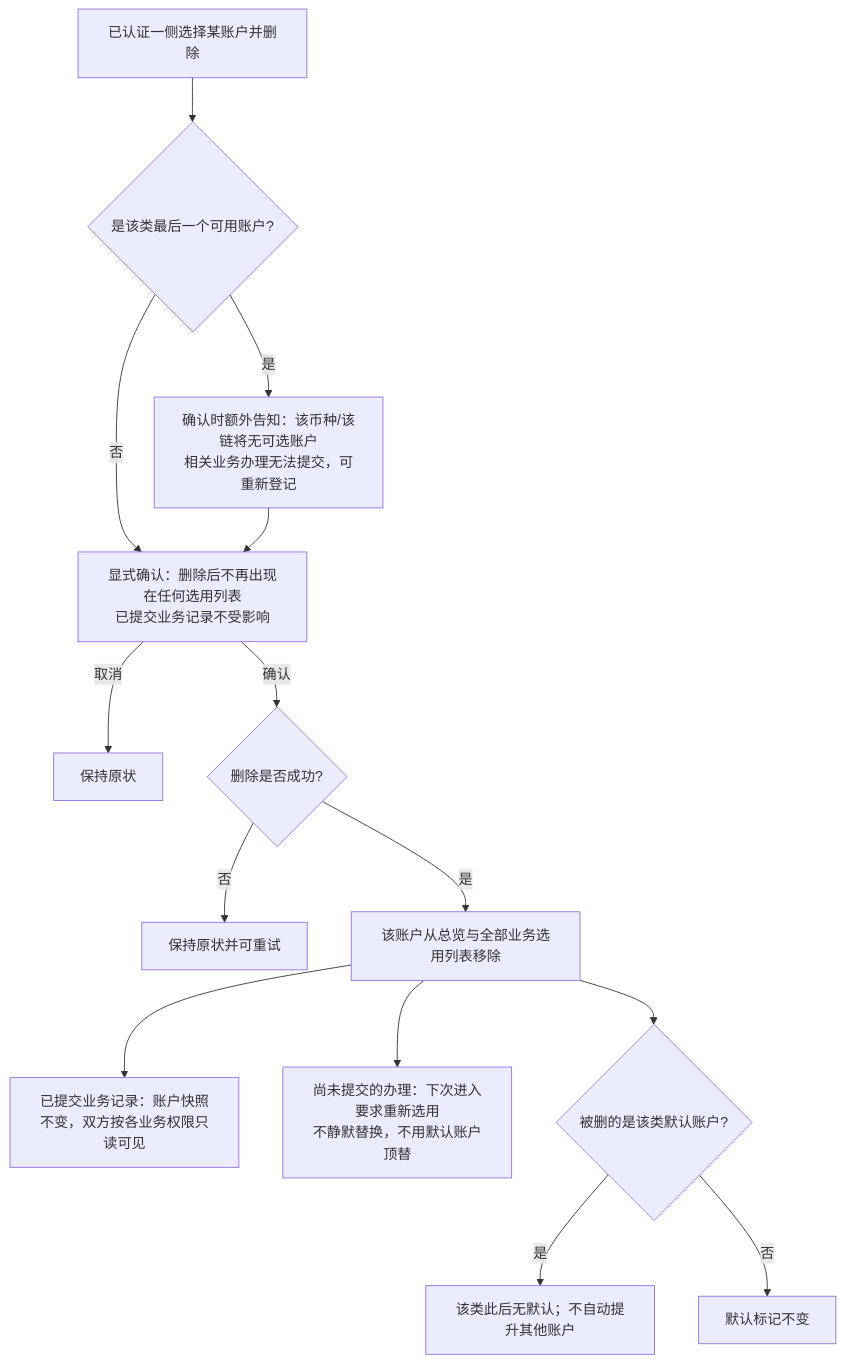
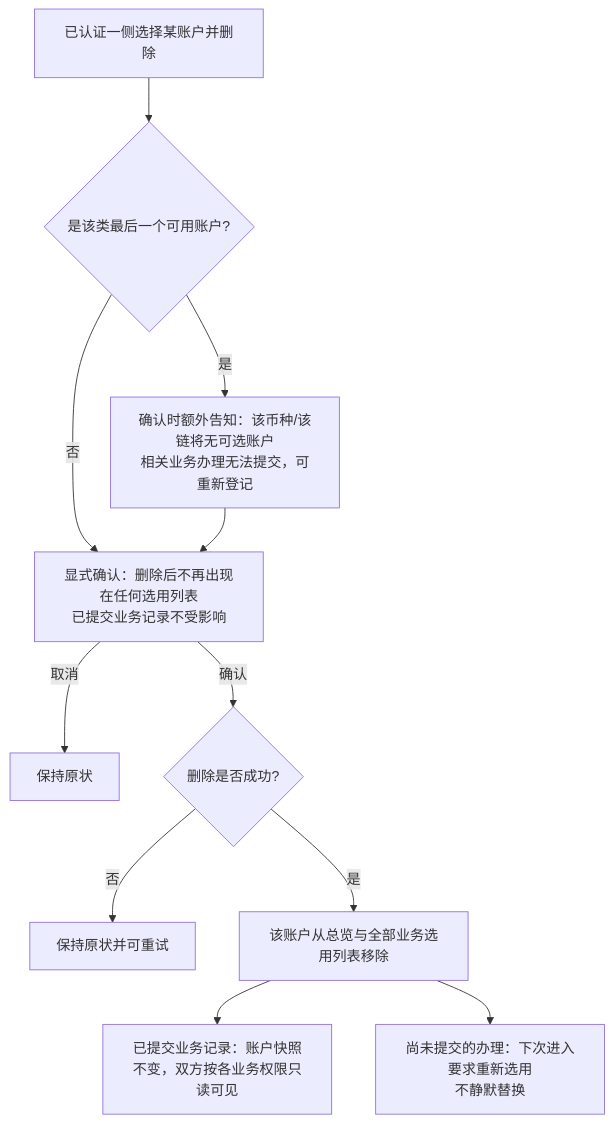
One commit to wxblockchain/Chain-Financing changed the fourth of 7 diagrams in lending-platform/PRD/面客端/03-企业账户/02-企业账户-流程图与状态机.md. Above: the diagram before and after it, drawn with Mermaid. The commit also changed other lines of this file and 15 other files, not shown here.

````diff
--- a/lending-platform/PRD/面客端/03-企业账户/02-企业账户-流程图与状态机.md
+++ b/lending-platform/PRD/面客端/03-企业账户/02-企业账户-流程图与状态机.md
@@ -99,16 +99,13 @@
 ```mermaid
 flowchart TD
     A[已认证一侧选择某账户并删除] --> B{是该类最后一个可用账户?}
     B -->|是| C[确认时额外告知：该币种/该链将无可选账户<br/>相关业务办理无法提交，可重新登记]
     B -->|否| D[显式确认：删除后不再出现在任何选用列表<br/>已提交业务记录不受影响]
     C --> D
     D -->|取消| E[保持原状]
     D -->|确认| F{删除是否成功?}
     F -->|否| G[保持原状并可重试]
     F -->|是| H[该账户从总览与全部业务选用列表移除]
     H --> I[已提交业务记录：账户快照不变，双方按各业务权限只读可见]
-    H --> J[尚未提交的办理：下次进入要求重新选用<br/>不静默替换，不用默认账户顶替]
-    H --> K{被删的是该类默认账户?}
-    K -->|是| L[该类此后无默认；不自动提升其他账户]
-    K -->|否| M[默认标记不变]
+    H --> J[尚未提交的办理：下次进入要求重新选用<br/>不静默替换]
 ```
````
